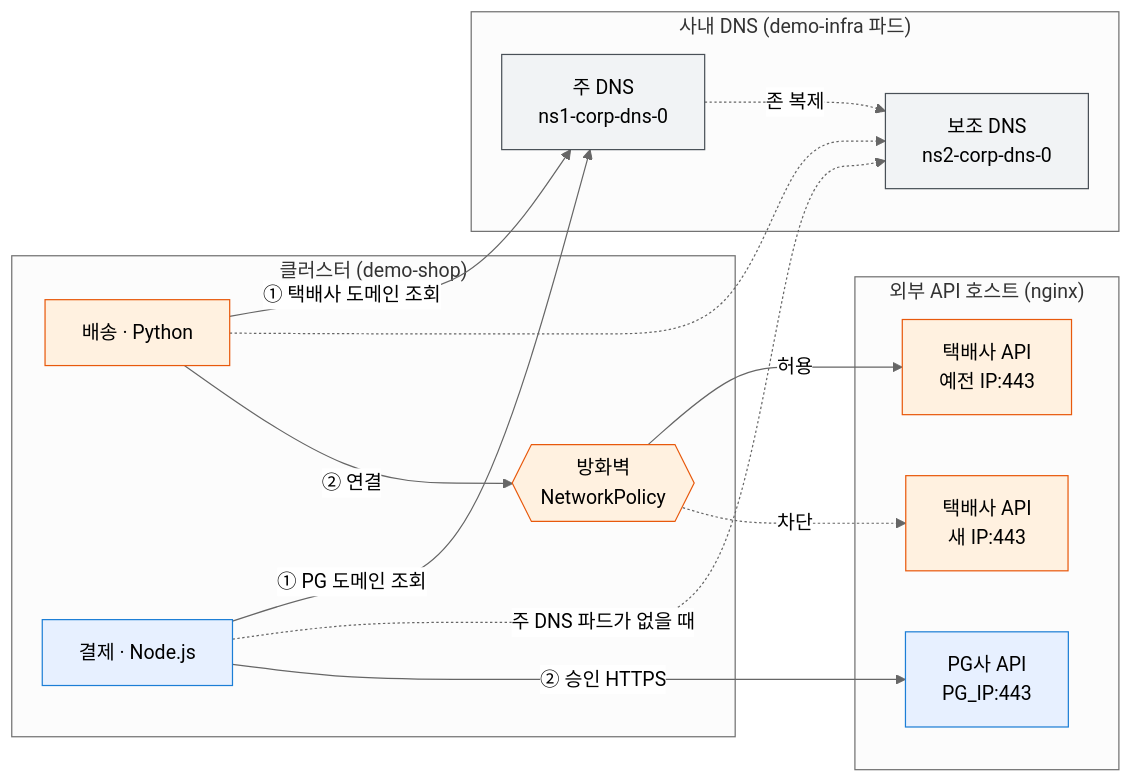
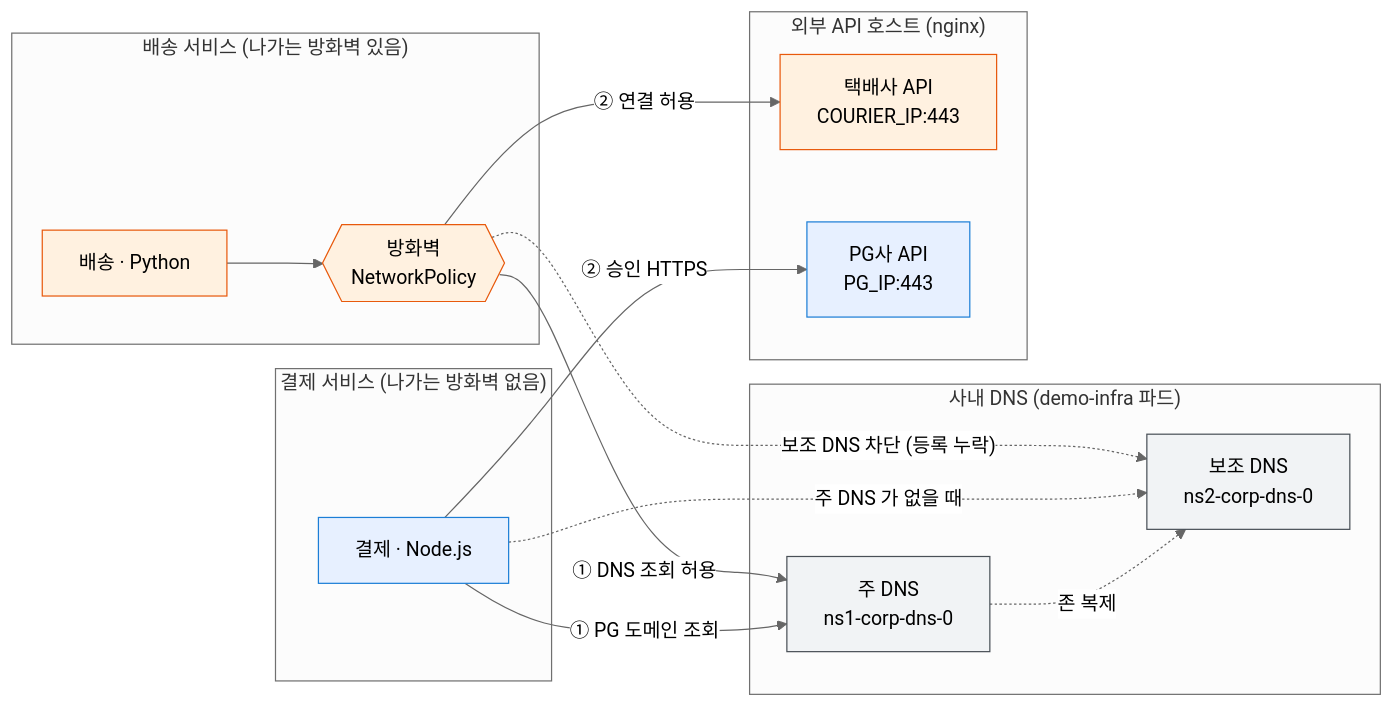
Before and after one commit to beomzh/demo-ebpf-shop: the second of 2 diagrams in README.md, drawn with Mermaid (neutral theme). The commit also changed other lines of this file and 12 other files, not shown here.

````diff
--- a/README.md
+++ b/README.md
@@ -102,37 +102,38 @@
 ```mermaid
 flowchart LR
-  subgraph K["클러스터 (demo-shop)"]
+  subgraph K1["배송 서비스 (나가는 방화벽 있음)"]
     DLV["배송 · Python"]
+    FW{{"방화벽<br/>NetworkPolicy"}}
+  end
+
+  subgraph K2["결제 서비스 (나가는 방화벽 없음)"]
     PAY["결제 · Node.js"]
-    FW{{"방화벽<br/>NetworkPolicy"}}
   end
 
   subgraph C["사내 DNS (demo-infra 파드)"]
     D1["주 DNS<br/>ns1-corp-dns-0"]
     D2["보조 DNS<br/>ns2-corp-dns-0"]
   end
 
   subgraph N["외부 API 호스트 (nginx)"]
-    COLD["택배사 API<br/>예전 IP:443"]
-    CNEW["택배사 API<br/>새 IP:443"]
+    CAPI["택배사 API<br/>COURIER_IP:443"]
     PGAPI["PG사 API<br/>PG_IP:443"]
   end
 
-  DLV -->|"① 택배사 도메인 조회"| D1
+  DLV --> FW
+  FW -->|"① DNS 조회 허용"| D1
+  FW -.->|"보조 DNS 차단 (등록 누락)"| D2
+  FW -->|"② 연결 허용"| CAPI
+
   PAY -->|"① PG 도메인 조회"| D1
-  PAY -.->|"주 DNS 파드가 없을 때"| D2
-  DLV -.-> D2
+  PAY -.->|"주 DNS 가 없을 때"| D2
   D1 -.->|"존 복제"| D2
-
-  DLV -->|"② 연결"| FW
-  FW -->|"허용"| COLD
-  FW -.->|"차단"| CNEW
   PAY -->|"② 승인 HTTPS"| PGAPI
 
   classDef courier fill:#fff1e0,stroke:#e8590c,color:#000
   classDef pg fill:#e7f0ff,stroke:#1c7ed6,color:#000
   classDef dns fill:#f1f3f5,stroke:#495057,color:#000
-  class DLV,FW,COLD,CNEW courier
+  class DLV,FW,CAPI courier
   class PAY,PGAPI pg
   class D1,D2 dns
 ```
````
